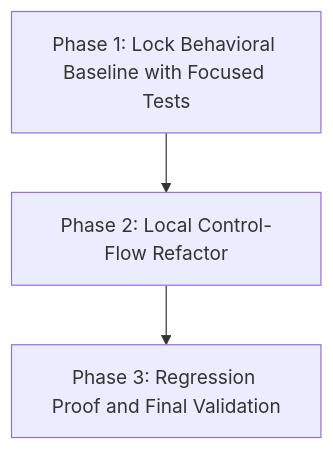
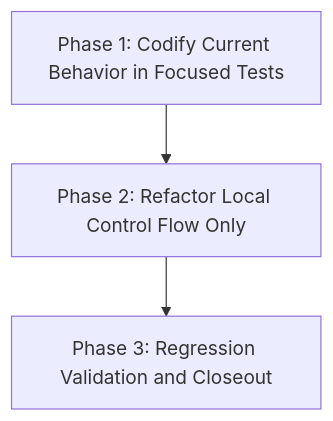
The diagram in migrations/src-continuous-refactoring-commit-messag-20260507T130532/plan.md (bigH/continuous-refactoring), drawn with Mermaid before and after one commit. The commit also changed other lines of this file and 6 other files, not shown here.

````diff
--- a/migrations/src-continuous-refactoring-commit-messag-20260507T130532/plan.md
+++ b/migrations/src-continuous-refactoring-commit-messag-20260507T130532/plan.md
@@ -24,5 +24,5 @@
 ```mermaid
 graph TD
-  P1[Phase 1: Lock Behavioral Baseline with Focused Tests] --> P2[Phase 2: Local Control-Flow Refactor]
-  P2 --> P3[Phase 3: Regression Proof and Final Validation]
+  P1[Phase 1: Codify Current Behavior in Focused Tests] --> P2[Phase 2: Refactor Local Control Flow Only]
+  P2 --> P3[Phase 3: Regression Validation and Closeout]
 ```
````
